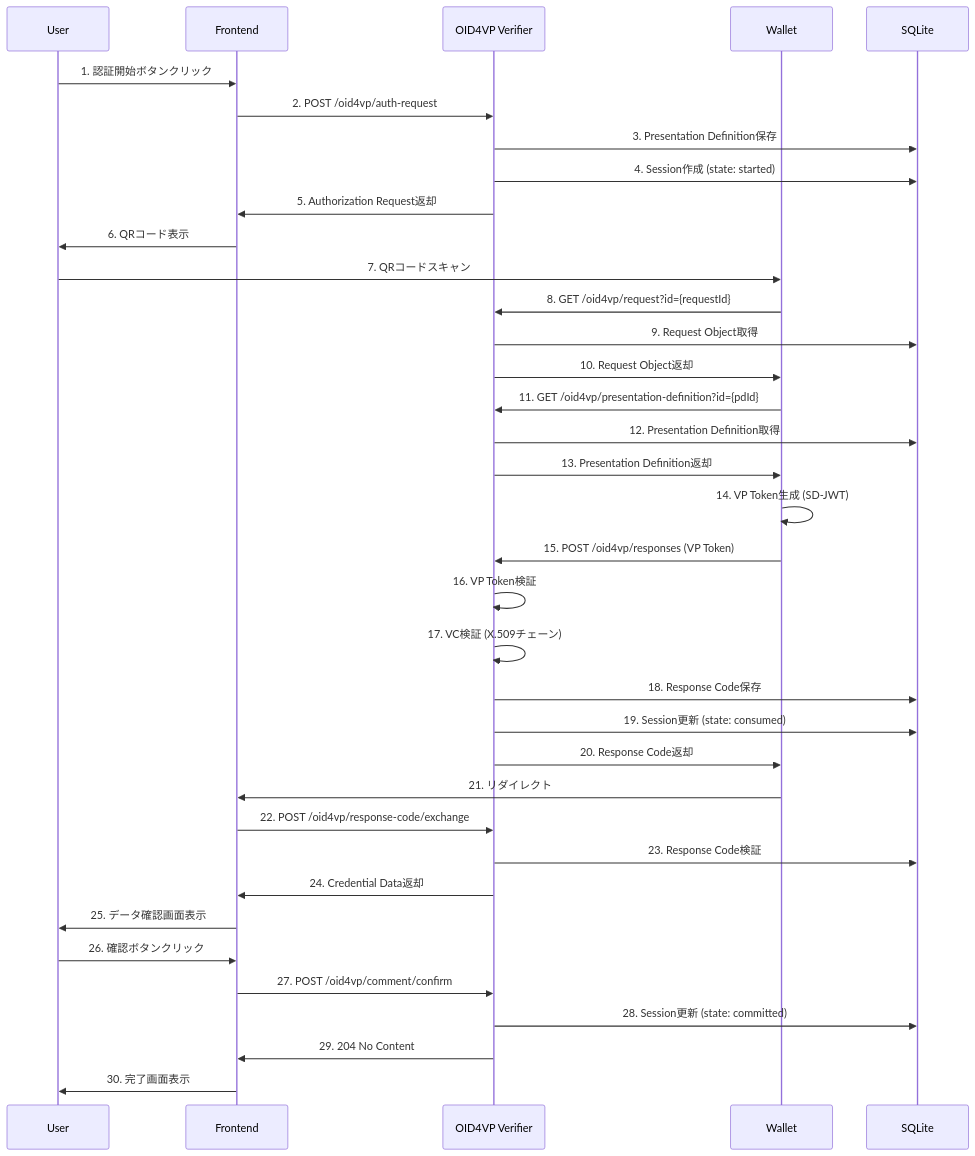
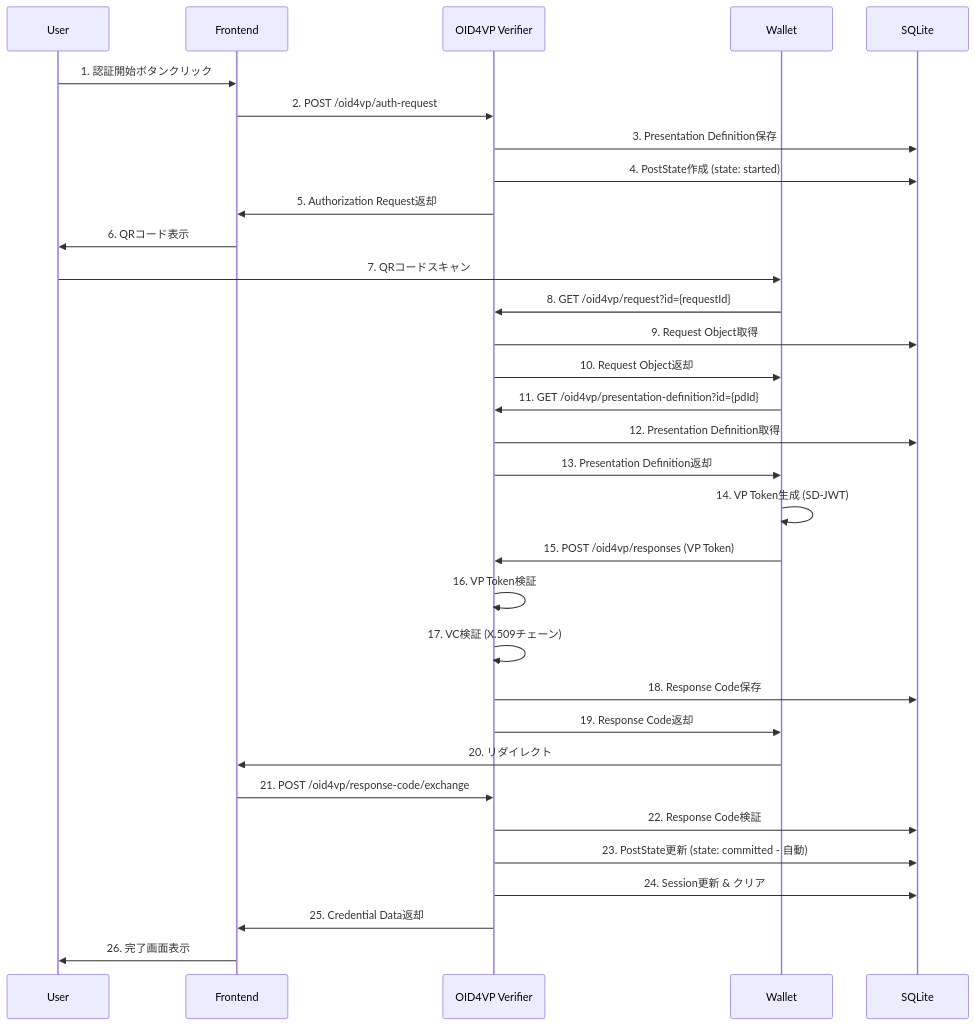
One commit to OWND-Project/OWND-Project-VP changed the first of 2 diagrams in docs/oid4vp-implementation.md. Above: the diagram before and after it, drawn with Mermaid. The commit also changed other lines of this file and 4 other files, not shown here.

````diff
--- a/docs/oid4vp-implementation.md
+++ b/docs/oid4vp-implementation.md
@@ -845,44 +686,40 @@
 ```mermaid
 sequenceDiagram
     participant U as User
     participant F as Frontend
     participant V as OID4VP Verifier
     participant W as Wallet
     participant DB as SQLite
 
     U->>F: 1. 認証開始ボタンクリック
     F->>V: 2. POST /oid4vp/auth-request
     V->>DB: 3. Presentation Definition保存
-    V->>DB: 4. Session作成 (state: started)
+    V->>DB: 4. PostState作成 (state: started)
     V->>F: 5. Authorization Request返却
     F->>U: 6. QRコード表示
 
     U->>W: 7. QRコードスキャン
     W->>V: 8. GET /oid4vp/request?id={requestId}
     V->>DB: 9. Request Object取得
     V->>W: 10. Request Object返却
 
     W->>V: 11. GET /oid4vp/presentation-definition?id={pdId}
     V->>DB: 12. Presentation Definition取得
     V->>W: 13. Presentation Definition返却
 
     W->>W: 14. VP Token生成 (SD-JWT)
     W->>V: 15. POST /oid4vp/responses (VP Token)
     V->>V: 16. VP Token検証
     V->>V: 17. VC検証 (X.509チェーン)
     V->>DB: 18. Response Code保存
-    V->>DB: 19. Session更新 (state: consumed)
-    V->>W: 20. Response Code返却
+    V->>W: 19. Response Code返却
 
-    W->>F: 21. リダイレクト
-    F->>V: 22. POST /oid4vp/response-code/exchange
-    V->>DB: 23. Response Code検証
-    V->>F: 24. Credential Data返却
+    W->>F: 20. リダイレクト
+    F->>V: 21. POST /oid4vp/response-code/exchange
+    V->>DB: 22. Response Code検証
+    V->>DB: 23. PostState更新 (state: committed - 自動)
+    V->>DB: 24. Session更新 & クリア
+    V->>F: 25. Credential Data返却
 
-    F->>U: 25. データ確認画面表示
-    U->>F: 26. 確認ボタンクリック
-    F->>V: 27. POST /oid4vp/comment/confirm
-    V->>DB: 28. Session更新 (state: committed)
-    V->>F: 29. 204 No Content
-    F->>U: 30. 完了画面表示
+    F->>U: 26. 完了画面表示
 ```
````
